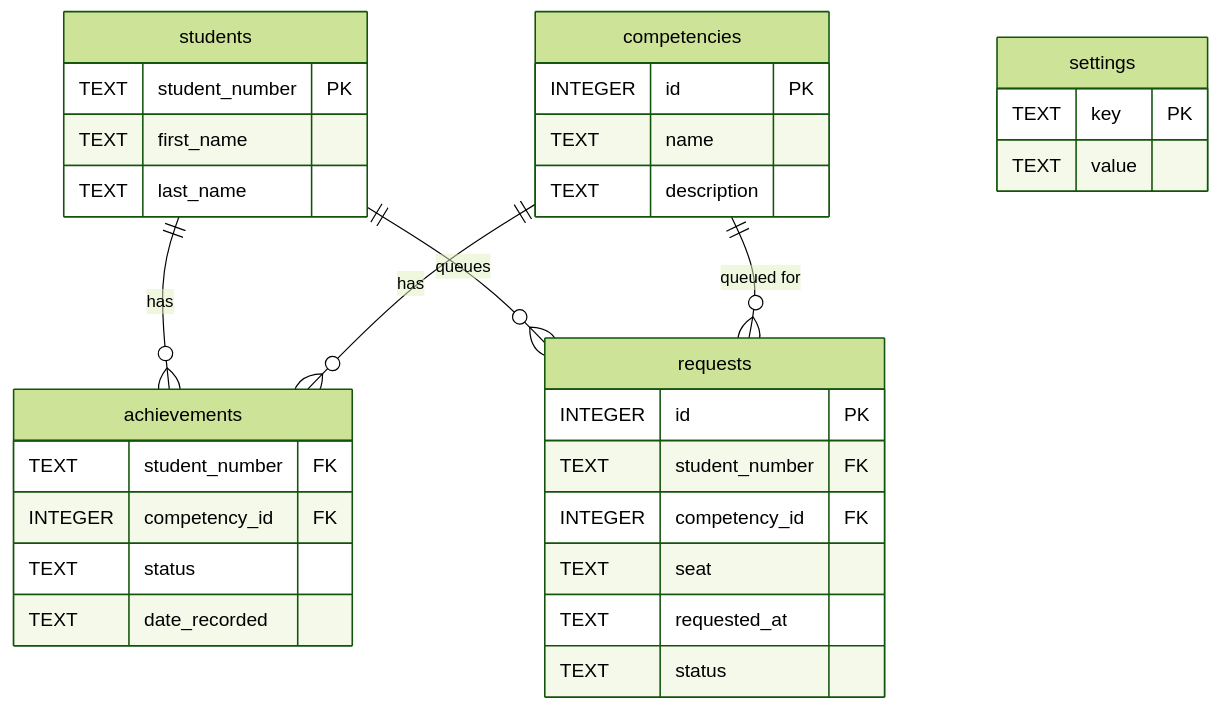
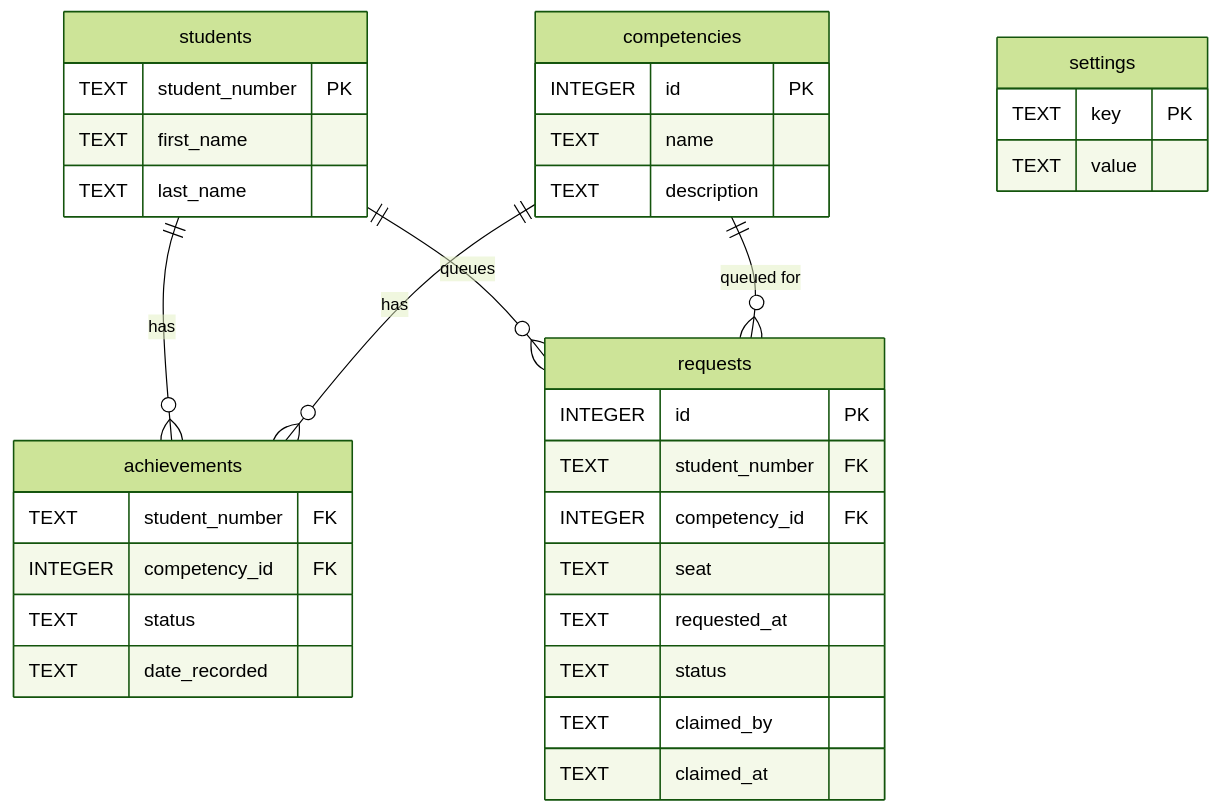
One commit to Zag-Research/competencies-app changed the fourth of 4 diagrams in README.md. Above: the diagram before and after it, drawn with Mermaid (forest theme). The commit also changed other lines of this file and 4 other files, not shown here.

````diff
--- a/README.md
+++ b/README.md
@@ -147,35 +210,37 @@
 ```mermaid
 erDiagram
     students ||--o{ achievements : "has"
     competencies ||--o{ achievements : "has"
     students ||--o{ requests : "queues"
     competencies ||--o{ requests : "queued for"
     students {
         TEXT student_number PK
         TEXT first_name
         TEXT last_name
     }
     competencies {
         INTEGER id PK
         TEXT name
         TEXT description
     }
     achievements {
         TEXT student_number FK
         INTEGER competency_id FK
         TEXT status
         TEXT date_recorded
     }
     requests {
         INTEGER id PK
         TEXT student_number FK
         INTEGER competency_id FK
         TEXT seat
         TEXT requested_at
         TEXT status
+        TEXT claimed_by
+        TEXT claimed_at
     }
     settings {
         TEXT key PK
         TEXT value
     }
 ```
````
